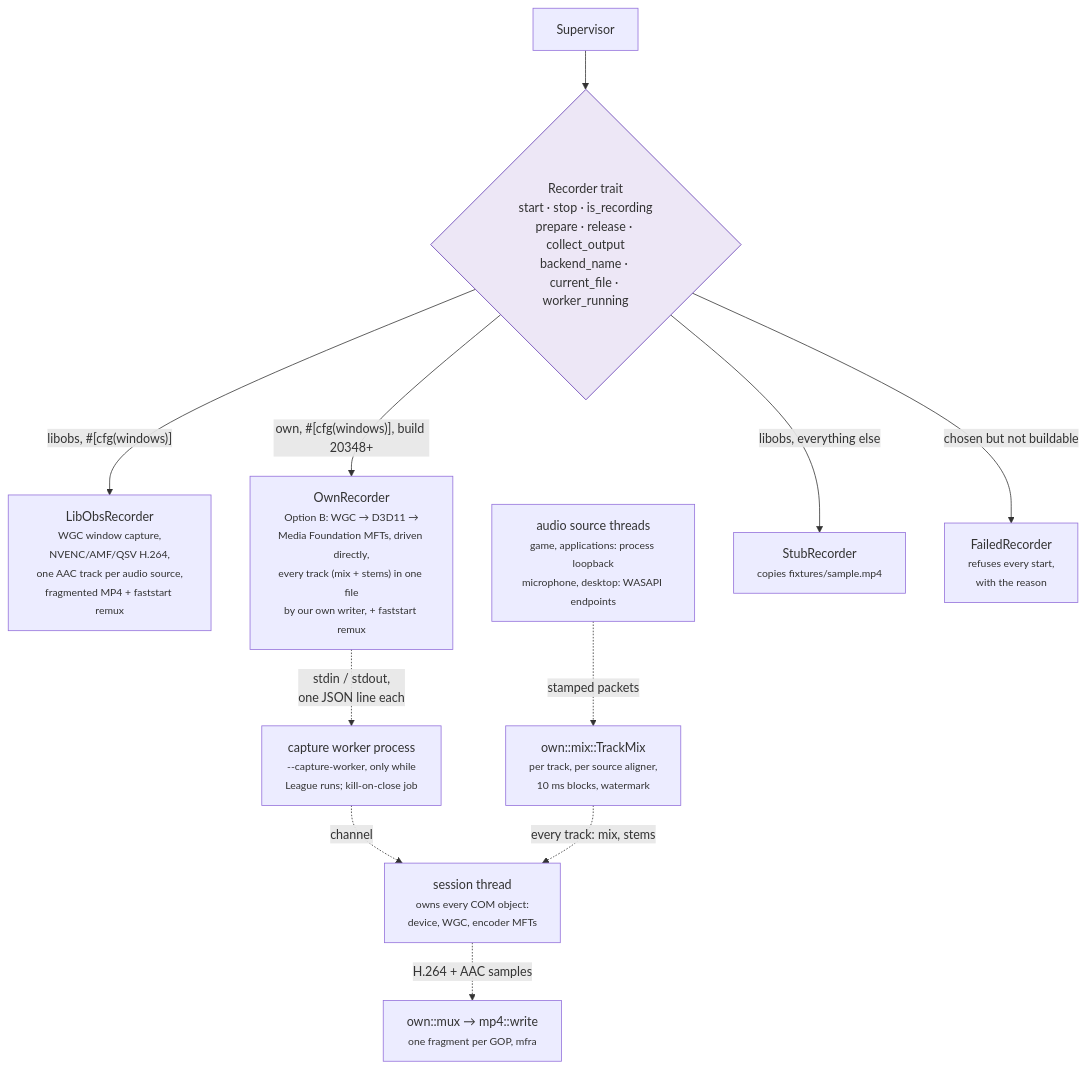
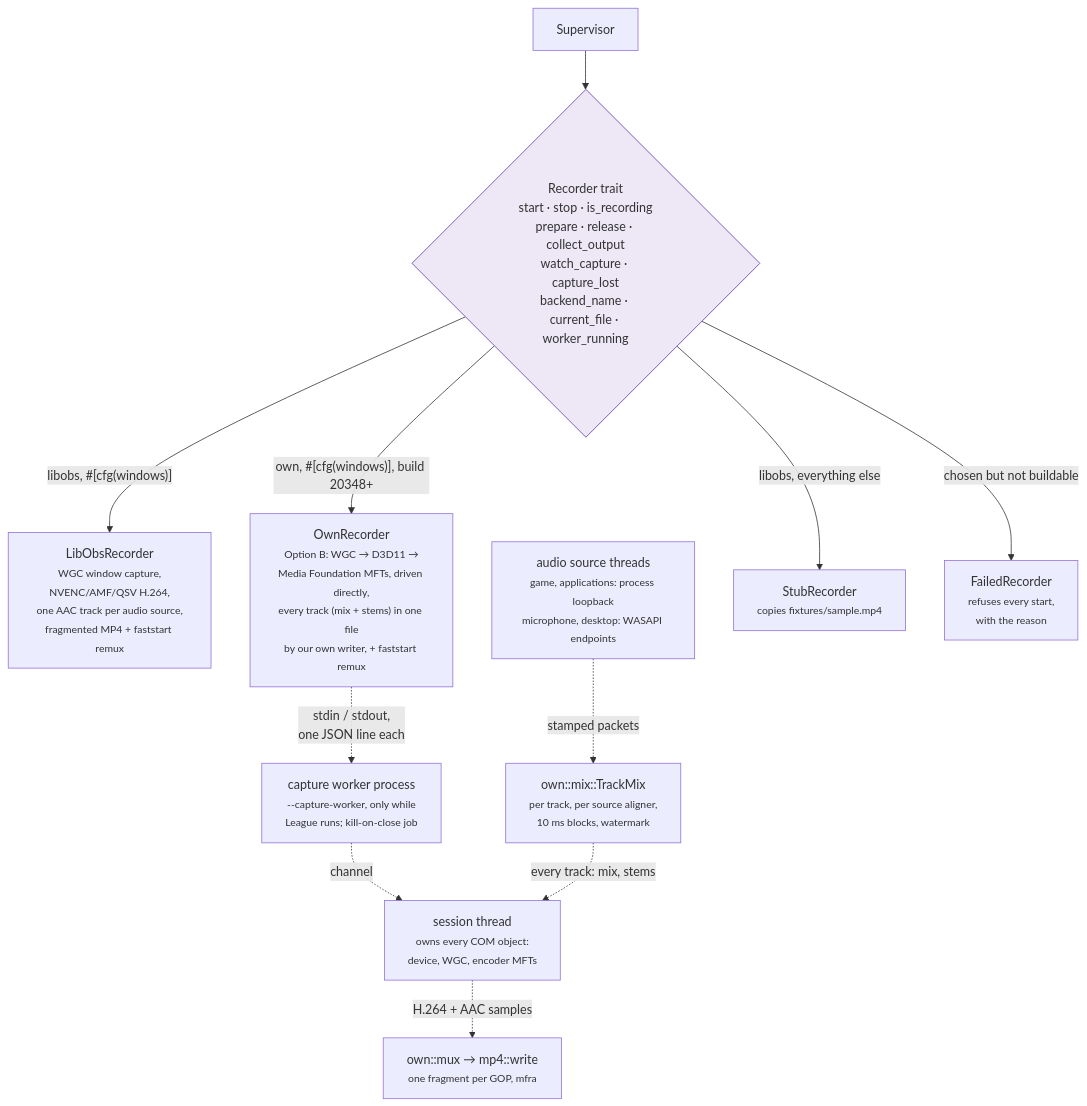
One commit to NinjaGoldfinch/ninja-recorder changed the third of 10 diagrams in docs/architecture.md. Above: the diagram before and after it, drawn with Mermaid. The commit also changed other lines of this file and 15 other files, not shown here.

First line of the commit message:
fix(own): finish a recording the moment its capture worker dies, and record on (#300)

````diff
--- a/docs/architecture.md
+++ b/docs/architecture.md
@@ -165,14 +165,14 @@
 ```mermaid
 flowchart TB
-    SUP["Supervisor"] --> T{"Recorder trait<br/>start · stop · is_recording<br/>prepare · release · collect_output<br/>backend_name · current_file · worker_running"}
+    SUP["Supervisor"] --> T{"Recorder trait<br/>start · stop · is_recording<br/>prepare · release · collect_output<br/>watch_capture · capture_lost<br/>backend_name · current_file · worker_running"}
     T -->|"libobs, #[cfg(windows)]"| L["LibObsRecorder<br/><small>WGC window capture,<br/>NVENC/AMF/QSV H.264,<br/>one AAC track per audio source,<br/>fragmented MP4 + faststart remux</small>"]
     T -->|"own, #[cfg(windows)], build 20348+"| O["OwnRecorder<br/><small>Option B: WGC → D3D11 →<br/>Media Foundation MFTs, driven directly,<br/>every track (mix + stems) in one file<br/>by our own writer, + faststart remux</small>"]
     O -.->|"stdin / stdout,<br/>one JSON line each"| WK["capture worker process<br/><small>--capture-worker, only while<br/>League runs; kill-on-close job</small>"]
     WK -.->|"channel"| SES["session thread<br/><small>owns every COM object:<br/>device, WGC, encoder MFTs</small>"]
     AUD["audio source threads<br/><small>game, applications: process loopback<br/>microphone, desktop: WASAPI endpoints</small>"] -.->|"stamped packets"| MIX["own::mix::TrackMix<br/><small>per track, per source aligner,<br/>10 ms blocks, watermark</small>"]
     MIX -.->|"every track: mix, stems"| SES
     SES -.->|"H.264 + AAC samples"| MUX["own::mux → mp4::write<br/><small>one fragment per GOP, mfra</small>"]
     T -->|"libobs, everything else"| S["StubRecorder<br/><small>copies fixtures/sample.mp4</small>"]
     T -->|"chosen but not buildable"| F["FailedRecorder<br/><small>refuses every start,<br/>with the reason</small>"]
     style T fill:#ede7f6,stroke:#5e35b1
 ```
````
